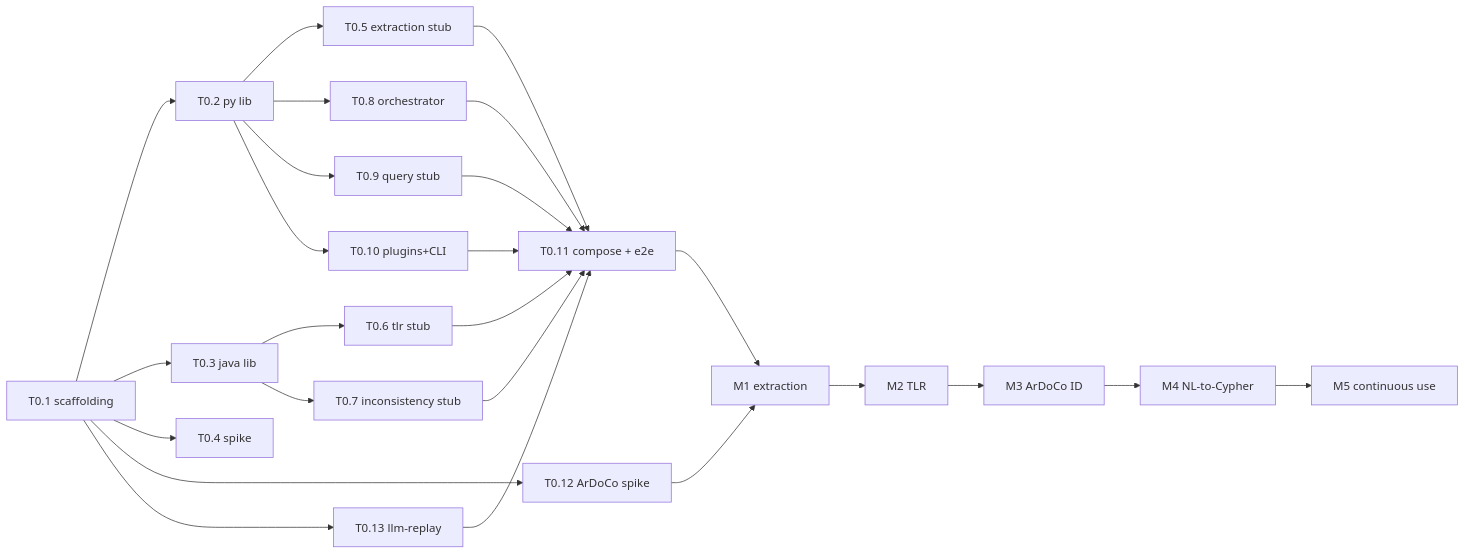
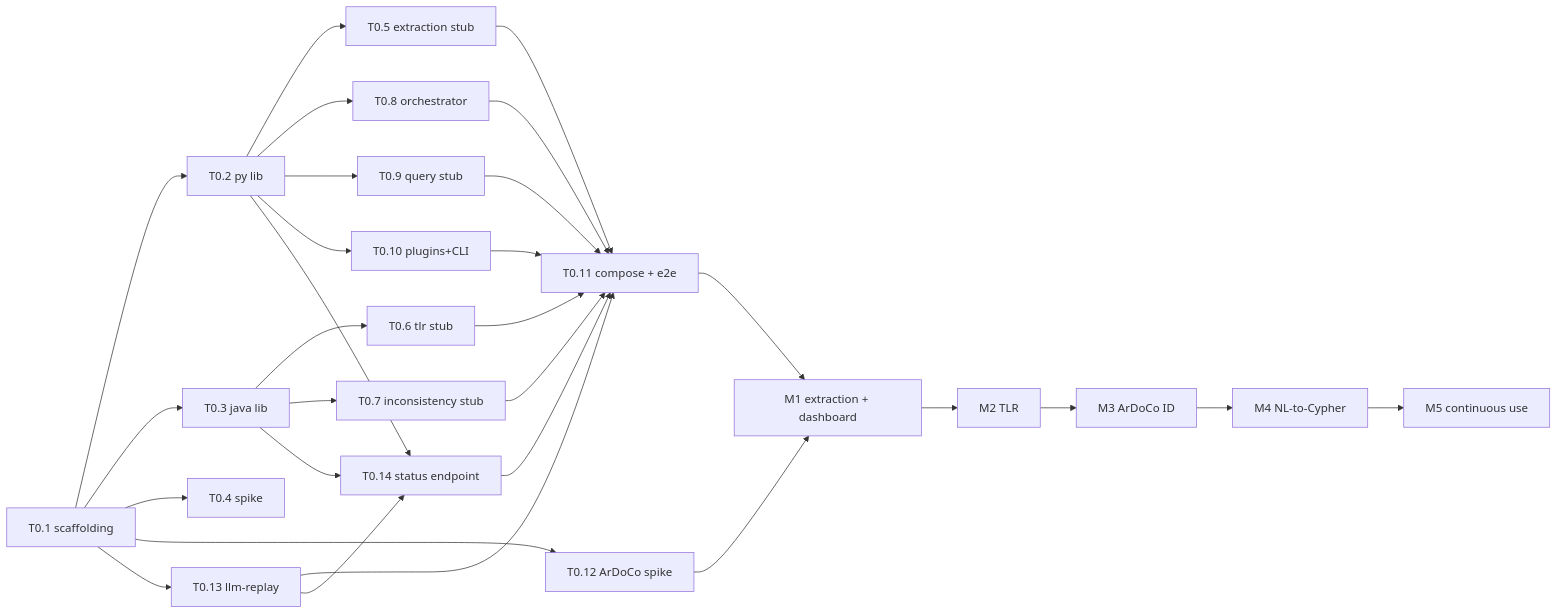
Before and after one commit to ardoco/sandman: the diagram in docs/stage-3-implementation-plan.md, drawn with Mermaid. The commit also changed other lines of this file and 4 other files, not shown here.

````diff
--- a/docs/stage-3-implementation-plan.md
+++ b/docs/stage-3-implementation-plan.md
@@ -81,10 +85,11 @@
 ```mermaid
 flowchart LR
   T01[T0.1 scaffolding] --> T02[T0.2 py lib] & T03[T0.3 java lib] & T04[T0.4 spike] & T012[T0.12 ArDoCo spike] & T013[T0.13 llm-replay]
   T02 --> T05[T0.5 extraction stub] & T08[T0.8 orchestrator] & T09[T0.9 query stub] & T010[T0.10 plugins+CLI]
   T03 --> T06[T0.6 tlr stub] & T07[T0.7 inconsistency stub]
   T05 & T06 & T07 & T08 & T09 & T010 & T013 --> T011[T0.11 compose + e2e]
-  T011 --> M1[M1 extraction]
+  T011 --> M1[M1 extraction + dashboard]
+  T02 & T03 & T013 --> T014[T0.14 status endpoint] --> T011
   T012 --> M1
   M1 --> M2[M2 TLR] --> M3[M3 ArDoCo ID] --> M4[M4 NL-to-Cypher] --> M5[M5 continuous use]
 ```
````
